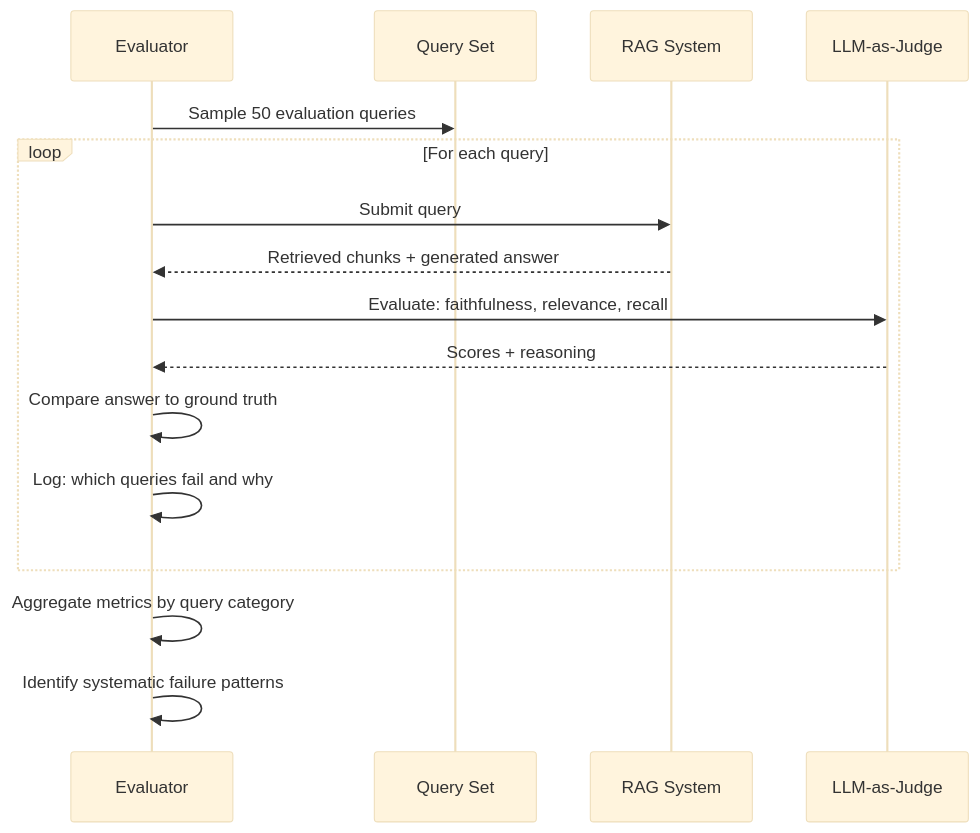
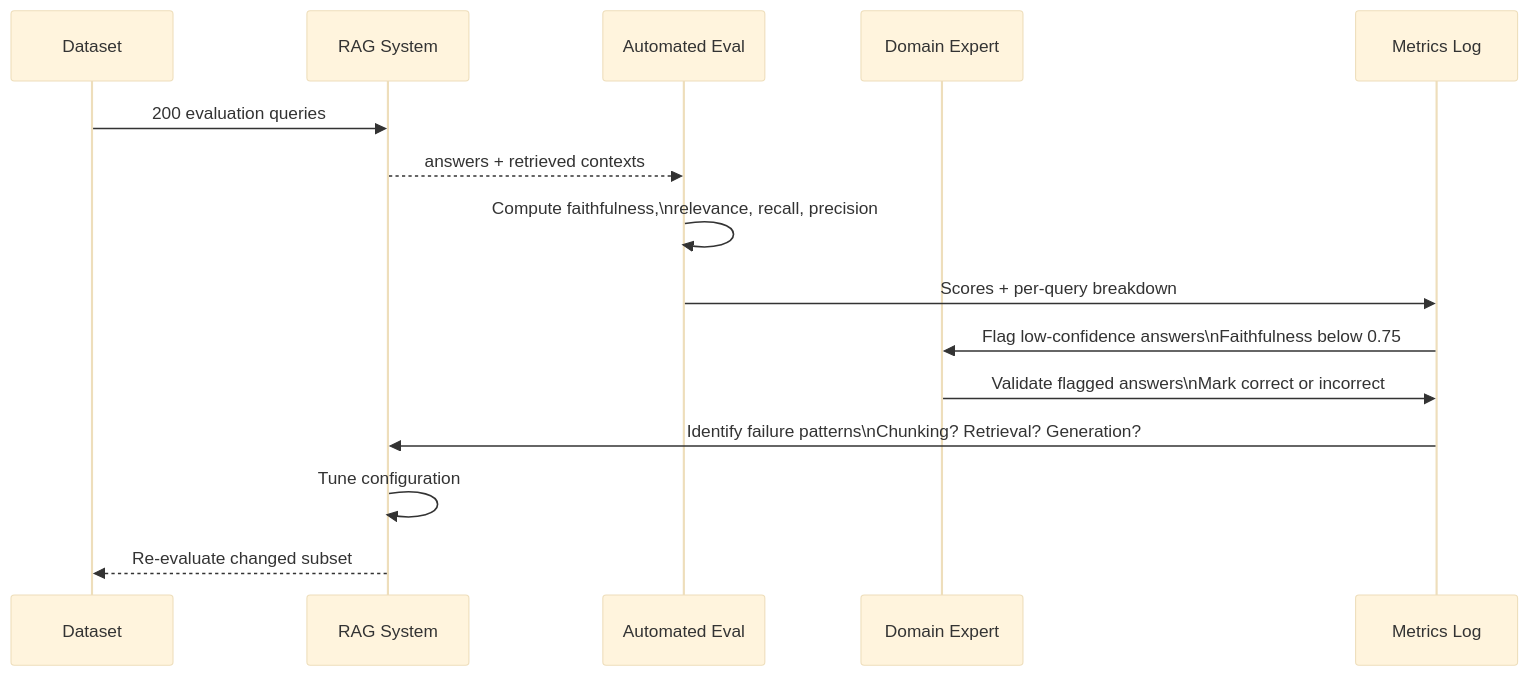
The fourth of 6 diagrams in front/public/blog/posts/field-notes/ai-poc-enterprise-evaluation.md (JuanLara18/portfolio), drawn with Mermaid (base theme) before and after one commit. The commit also changed other lines of this file and 1 other file, not shown here.

````diff
--- a/front/public/blog/posts/field-notes/ai-poc-enterprise-evaluation.md
+++ b/front/public/blog/posts/field-notes/ai-poc-enterprise-evaluation.md
@@ -168,19 +245,22 @@
 ```mermaid
 sequenceDiagram
-    participant E as Evaluator
-    participant Q as Query Set
-    participant R as RAG System
-    participant J as LLM-as-Judge
+    participant DS as Dataset
+    participant SYS as RAG System
+    participant AUTO as Automated Eval
+    participant HUMAN as Domain Expert
+    participant LOG as Metrics Log
 
-    E->>Q: Sample 50 evaluation queries
-    loop For each query
-        E->>R: Submit query
-        R-->>E: Retrieved chunks + generated answer
-        E->>J: Evaluate: faithfulness, relevance, recall
-        J-->>E: Scores + reasoning
-        E->>E: Compare answer to ground truth
-        E->>E: Log: which queries fail and why
-    end
-    E->>E: Aggregate metrics by query category
-    E->>E: Identify systematic failure patterns
+    DS->>SYS: 200 evaluation queries
+    SYS-->>AUTO: answers + retrieved contexts
+
+    AUTO->>AUTO: Compute faithfulness,\nrelevance, recall, precision
+    AUTO->>LOG: Scores + per-query breakdown
+
+    LOG->>HUMAN: Flag low-confidence answers\nFaithfulness below 0.75
+
+    HUMAN->>LOG: Validate flagged answers\nMark correct or incorrect
+
+    LOG->>SYS: Identify failure patterns\nChunking? Retrieval? Generation?
+    SYS->>SYS: Tune configuration
+    SYS-->>DS: Re-evaluate changed subset
 ```
````
